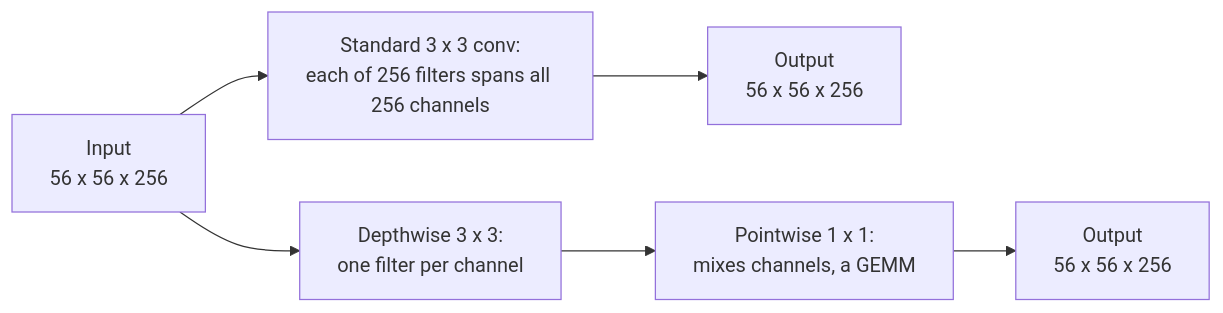
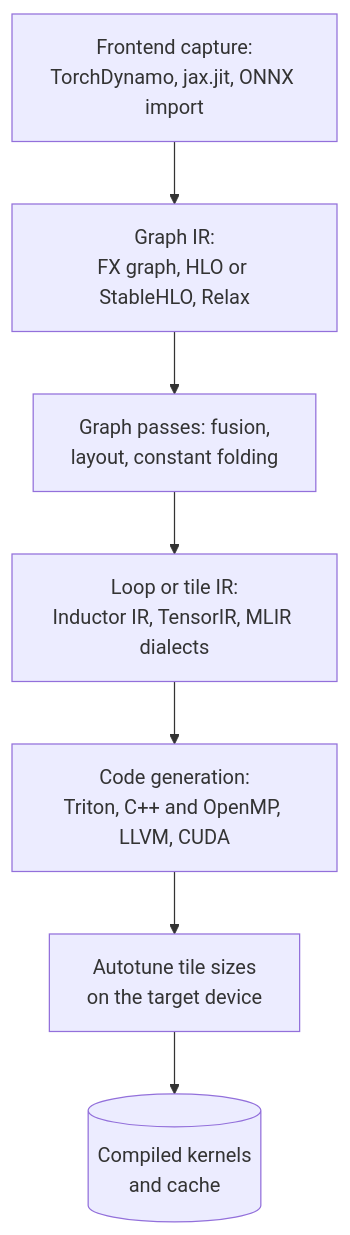
Before and after one commit to Sampath1-1-1/System-Design: diagram 12 of 14 in manuscript/book2-ml-ai/67-model-optimization.md, drawn with Mermaid. The commit also changed other lines of this file and 3 other files, not shown here.

````diff
--- a/manuscript/book2-ml-ai/67-model-optimization.md
+++ b/manuscript/book2-ml-ai/67-model-optimization.md
@@ -1028,8 +1102,9 @@
 ```mermaid
-flowchart LR
-  IN["Input<br/>56 x 56 x 256"] --> STD["Standard 3 x 3 conv:<br/>each of 256 filters spans all 256 channels"]
-  STD --> O1["Output<br/>56 x 56 x 256"]
-  IN --> DW["Depthwise 3 x 3:<br/>one filter per channel"]
-  DW --> PW["Pointwise 1 x 1:<br/>mixes channels, a GEMM"]
-  PW --> O2["Output<br/>56 x 56 x 256"]
+flowchart TB
+  FE["Frontend capture:<br/>TorchDynamo, jax.jit, ONNX import"] --> GIR["Graph IR:<br/>FX graph, HLO or StableHLO, Relax"]
+  GIR --> HL["Graph passes: fusion,<br/>layout, constant folding"]
+  HL --> LIR["Loop or tile IR:<br/>Inductor IR, TensorIR, MLIR dialects"]
+  LIR --> CG["Code generation:<br/>Triton, C++ and OpenMP, LLVM, CUDA"]
+  CG --> AT["Autotune tile sizes<br/>on the target device"]
+  AT --> BIN[("Compiled kernels<br/>and cache")]
 ```
````
